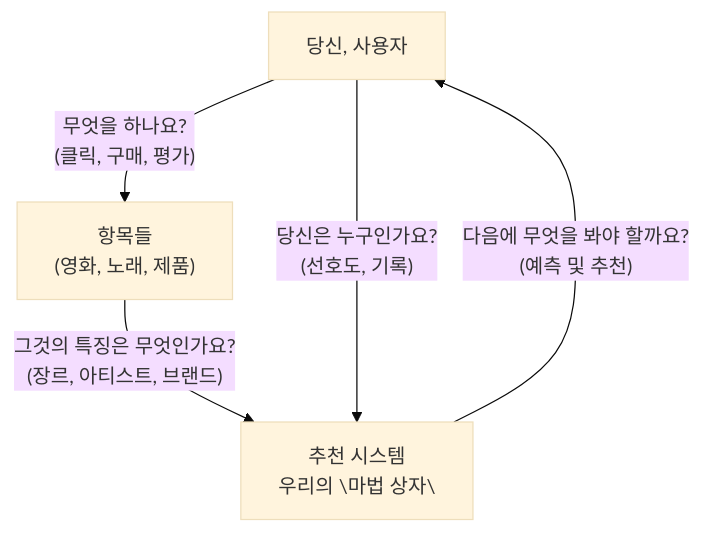
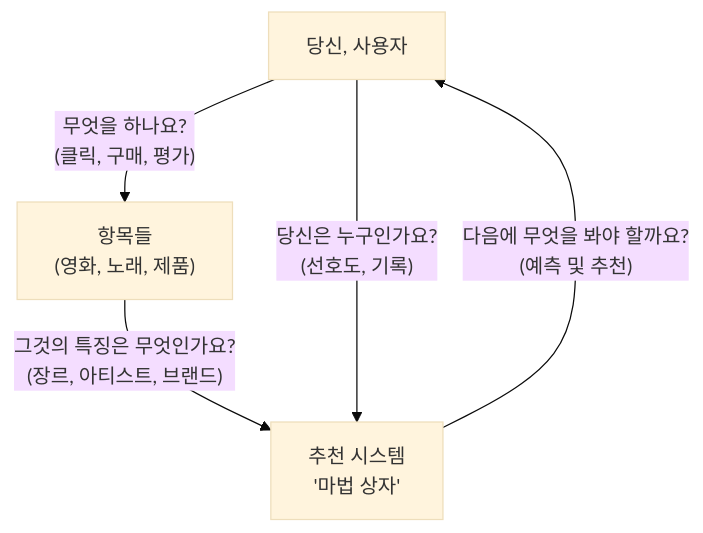
One commit to gh-shin/suggest-models-example changed the second of 11 diagrams in ConstructivistLearningPath.md. Above: the diagram before and after it, drawn with Mermaid (base theme). The commit also changed other lines of this file, not shown here.

Commit message:
modify mermaid

````diff
--- a/ConstructivistLearningPath.md
+++ b/ConstructivistLearningPath.md
@@ -38,7 +38,13 @@
 ```mermaid
 graph TD
-    U["당신, 사용자"] -->|"무엇을 하나요?\n(클릭, 구매, 평가)"| I["항목들\n(영화, 노래, 제품)"]
-    I -->|"그것의 특징은 무엇인가요?\n(장르, 아티스트, 브랜드)"| S["추천 시스템\n우리의 \"마법 상자\""]
-    U -->|"당신은 누구인가요?\n(선호도, 기록)"| S
-    S -->|"다음에 무엇을 봐야 할까요?\n(예측 및 추천)"| U
+    U["당신, 사용자"] -->|"무엇을 하나요?
+     (클릭, 구매, 평가)"| I["항목들
+    (영화, 노래, 제품)"]
+    I -->|"그것의 특징은 무엇인가요?
+     (장르, 아티스트, 브랜드)"| S["추천 시스템
+      '마법 상자'"]
+    U -->|"당신은 누구인가요?
+     (선호도, 기록)"| S
+    S -->|"다음에 무엇을 봐야 할까요?
+     (예측 및 추천)"| U
 ```
````
